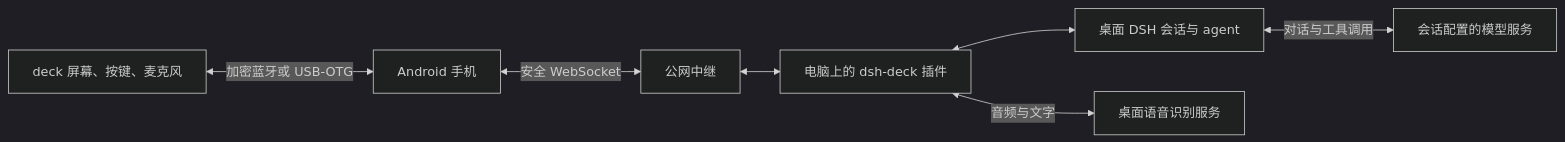
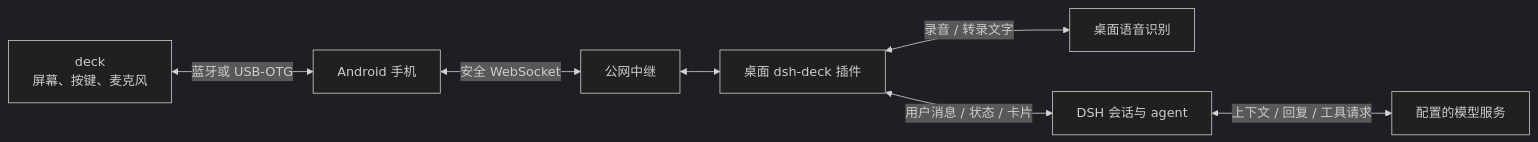
One commit to Ivanbeethoven/walktolk changed the diagram in docs/deck-and-dsh.md. Above: the diagram before and after it, drawn with Mermaid (dark theme). The commit also changed other lines of this file and 1 other file, not shown here.

Commit message:
Tell the deck integration story through its hardware tests

````diff
--- a/docs/deck-and-dsh.md
+++ b/docs/deck-and-dsh.md
@@ -11,9 +21,9 @@
 ```mermaid
 flowchart LR
-    deck["deck 屏幕、按键、麦克风"] <-->|"加密蓝牙或 USB-OTG"| phone["Android 手机"]
+    deck["deck<br/>屏幕、按键、麦克风"] <-->|"蓝牙或 USB-OTG"| phone["Android 手机"]
     phone <-->|"安全 WebSocket"| relay["公网中继"]
-    relay <--> plugin["电脑上的 dsh-deck 插件"]
-    plugin <--> dsh["桌面 DSH 会话与 agent"]
-    plugin <-->|"音频与文字"| stt["桌面语音识别服务"]
-    dsh <-->|"对话与工具调用"| model["会话配置的模型服务"]
+    relay <--> plugin["桌面 dsh-deck 插件"]
+    plugin <-->|"录音 / 转录文字"| speech["桌面语音识别"]
+    plugin <-->|"用户消息 / 状态 / 卡片"| dsh["DSH 会话与 agent"]
+    dsh <-->|"上下文 / 回复 / 工具请求"| model["配置的模型服务"]
 ```
````
